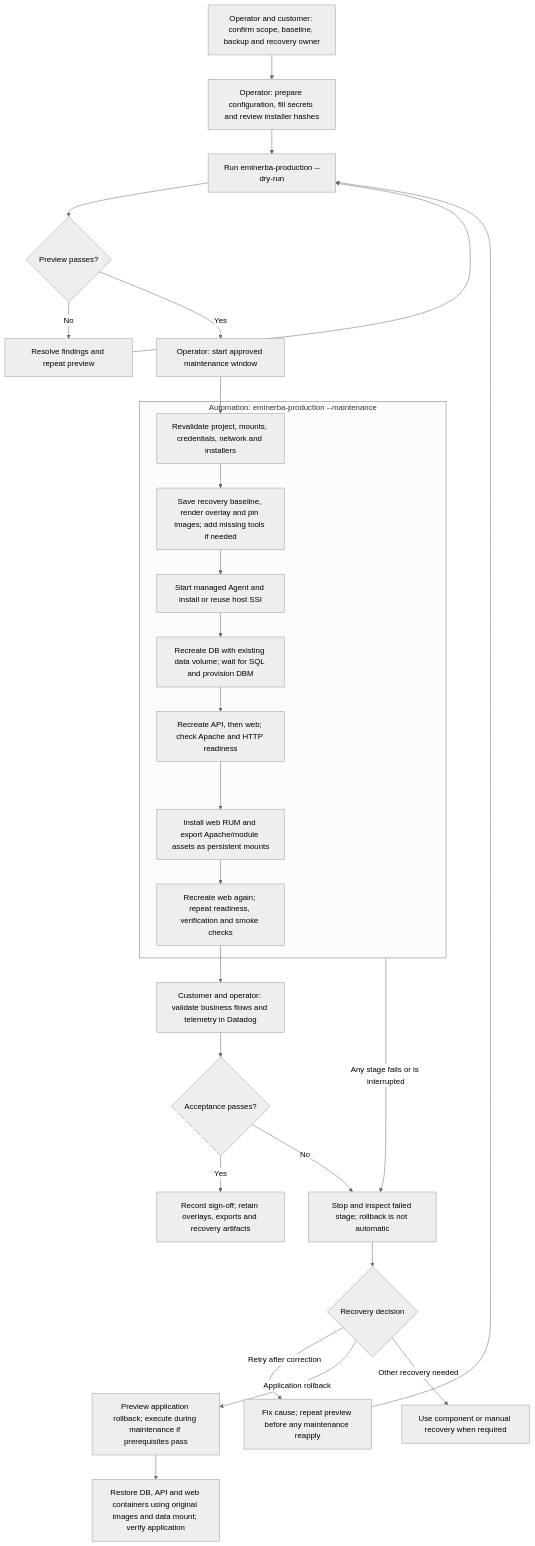
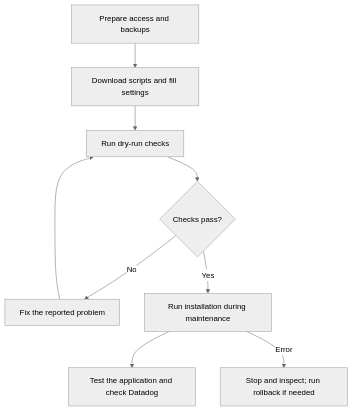
Before and after one commit to avecenabasuni/datadog-deployment-1: the diagram in docs/PRODUCTION-RUNBOOK.md, drawn with Mermaid (neutral theme). The commit also changed other lines of this file and 3 other files, not shown here.

````diff
--- a/docs/PRODUCTION-RUNBOOK.md
+++ b/docs/PRODUCTION-RUNBOOK.md
@@ -26,42 +13,11 @@
 ```mermaid
 flowchart TD
-    A["Operator and customer: confirm scope, baseline, backup and recovery owner"]
-    B["Operator: prepare configuration, fill secrets and review installer hashes"]
-    C["Run eminerba-production --dry-run"]
-    D{"Preview passes?"}
-    E["Resolve findings and repeat preview"]
-    F["Operator: start approved maintenance window"]
-
-    subgraph AUTO["Automation: eminerba-production --maintenance"]
-        G["Revalidate project, mounts, credentials, network and installers"]
-        H["Save recovery baseline, render overlay and pin images; add missing tools if needed"]
-        I["Start managed Agent and install or reuse host SSI"]
-        J["Recreate DB with existing data volume; wait for SQL and provision DBM"]
-        K["Recreate API, then web; check Apache and HTTP readiness"]
-        L["Install web RUM and export Apache/module assets as persistent mounts"]
-        M["Recreate web again; repeat readiness, verification and smoke checks"]
-        G --> H --> I --> J --> K --> L --> M
-    end
-
-    N["Customer and operator: validate business flows and telemetry in Datadog"]
-    O{"Acceptance passes?"}
-    P["Record sign-off; retain overlays, exports and recovery artifacts"]
-    Q["Stop and inspect failed stage; rollback is not automatic"]
-    R{"Recovery decision"}
-    S["Fix cause; repeat preview before any maintenance reapply"]
-    T["Preview application rollback; execute during maintenance if prerequisites pass"]
-    U["Restore DB, API and web containers using original images and data mount; verify application"]
-    V["Use component or manual recovery when required"]
-
-    A --> B --> C --> D
-    D -->|No| E --> C
-    D -->|Yes| F --> G
-    M --> N --> O
-    O -->|Yes| P
-    O -->|No| Q
-    AUTO -->|Any stage fails or is interrupted| Q
-    Q --> R
-    R -->|Retry after correction| S --> C
-    R -->|Application rollback| T --> U
-    R -->|Other recovery needed| V
+    A["Prepare access and backups"] --> B["Download scripts and fill settings"]
+    B --> C["Run dry-run checks"]
+    C --> D{"Checks pass?"}
+    D -->|No| E["Fix the reported problem"]
+    E --> C
+    D -->|Yes| F["Run installation during maintenance"]
+    F --> G["Test the application and check Datadog"]
+    F -->|Error| H["Stop and inspect; run rollback if needed"]
 ```
````
